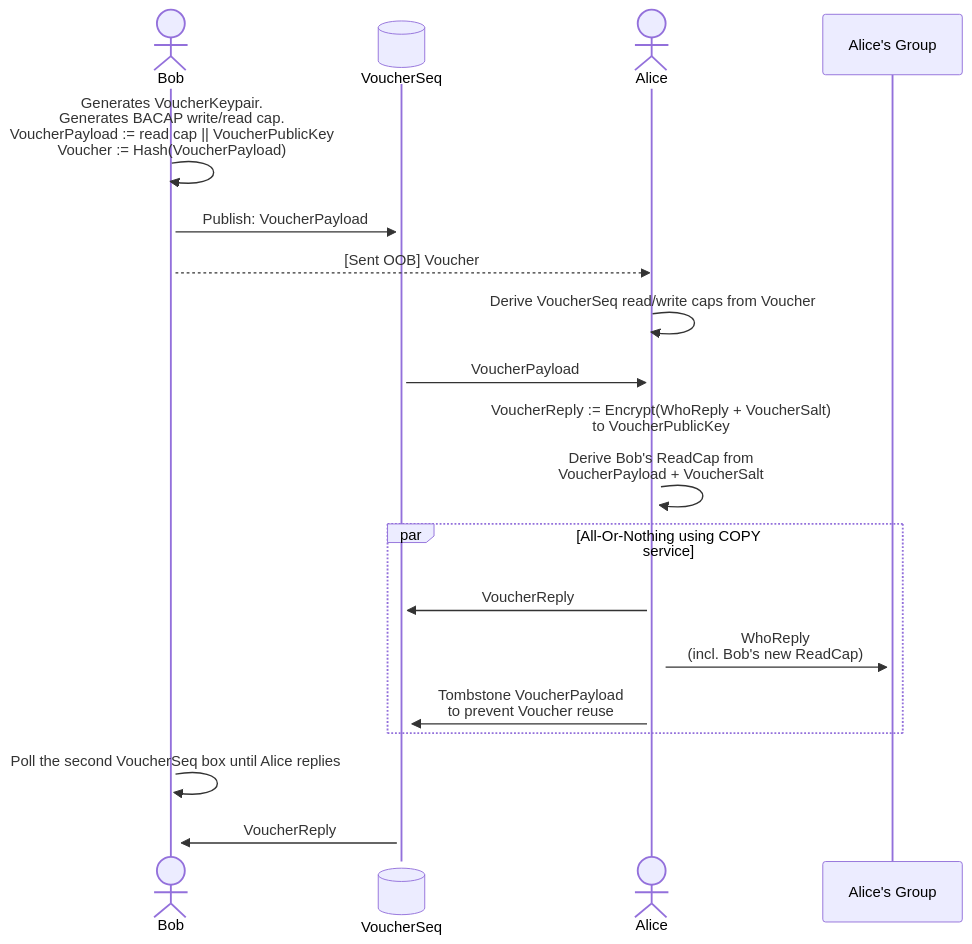
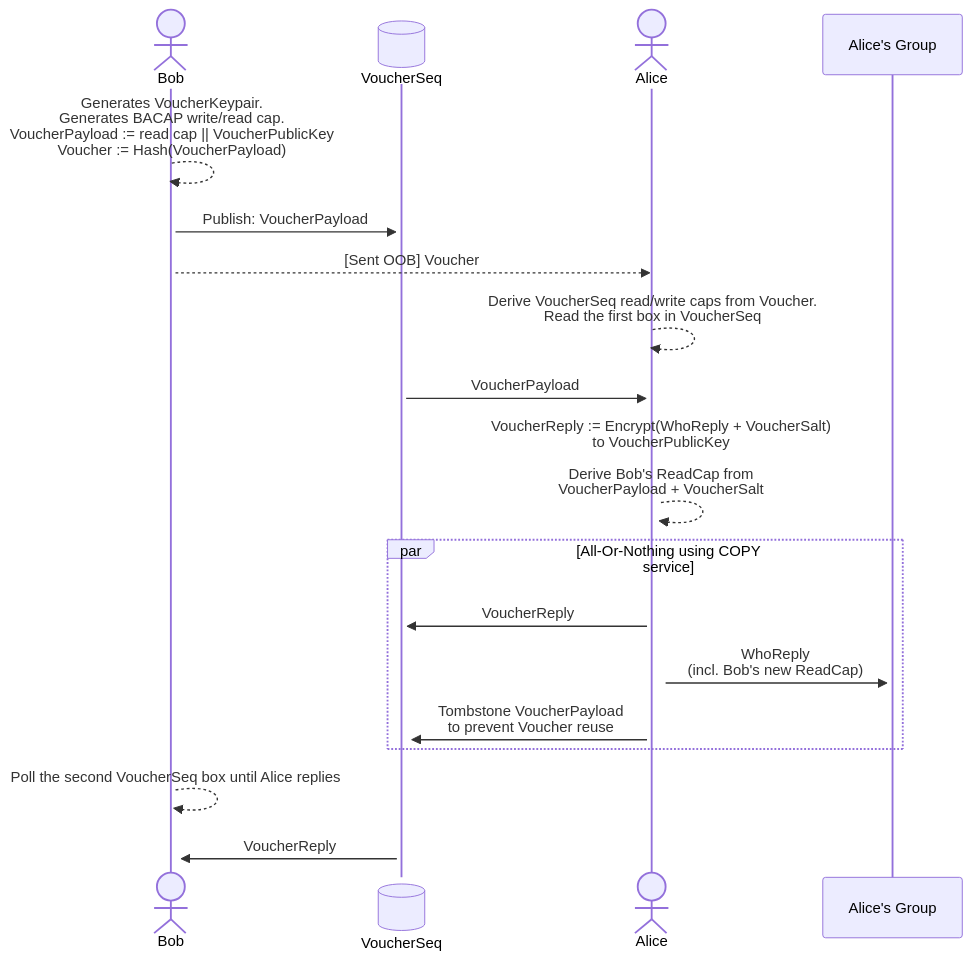
Before and after one commit to katzenpost/katzenqt: the diagram in contact-vouchers.md, drawn with Mermaid.

Commit message:
update contact-vouchers diagram

````diff
--- a/contact-vouchers.md
+++ b/contact-vouchers.md
@@ -20,23 +20,23 @@
 ```mermaid
 sequenceDiagram
     actor Bob
     participant VoucherSeq@{ "type" : "database" }
     actor Alice
-    Bob->>+Bob: Generates VoucherKeypair. <br>Generates BACAP write/read cap.<br>VoucherPayload := read cap || VoucherPublicKey<br>Voucher := Hash(VoucherPayload)
+    Bob-->>+Bob: Generates VoucherKeypair. <br>Generates BACAP write/read cap.<br>VoucherPayload := read cap || VoucherPublicKey<br>Voucher := Hash(VoucherPayload)
     Bob->>+VoucherSeq: Publish: VoucherPayload
     Bob-->>Alice: [Sent OOB] Voucher
 
 
-    Alice->>+Alice: Derive VoucherSeq read/write caps from Voucher
+    Alice-->>+Alice: Derive VoucherSeq read/write caps from Voucher.<br>Read the first box in VoucherSeq
     VoucherSeq->>+Alice: VoucherPayload
  
-    Alice->>+Alice: VoucherReply := Encrypt(WhoReply + VoucherSalt)<br> to VoucherPublicKey<br><br>Derive Bob's ReadCap from<br>VoucherPayload + VoucherSalt
+    Alice-->>+Alice: VoucherReply := Encrypt(WhoReply + VoucherSalt)<br> to VoucherPublicKey<br><br>Derive Bob's ReadCap from<br>VoucherPayload + VoucherSalt
     par_over All-Or-Nothing using COPY service
     Alice->>+VoucherSeq: VoucherReply
     Alice->>+Alice's Group: WhoReply<br>(incl. Bob's new ReadCap)
     Alice->>+VoucherSeq: Tombstone VoucherPayload<br>to prevent Voucher reuse
     end
 
-    Bob->>+Bob: Poll the second VoucherSeq box until Alice replies
+    Bob-->>+Bob: Poll the second VoucherSeq box until Alice replies
     VoucherSeq->>+Bob: VoucherReply
 ```
````
